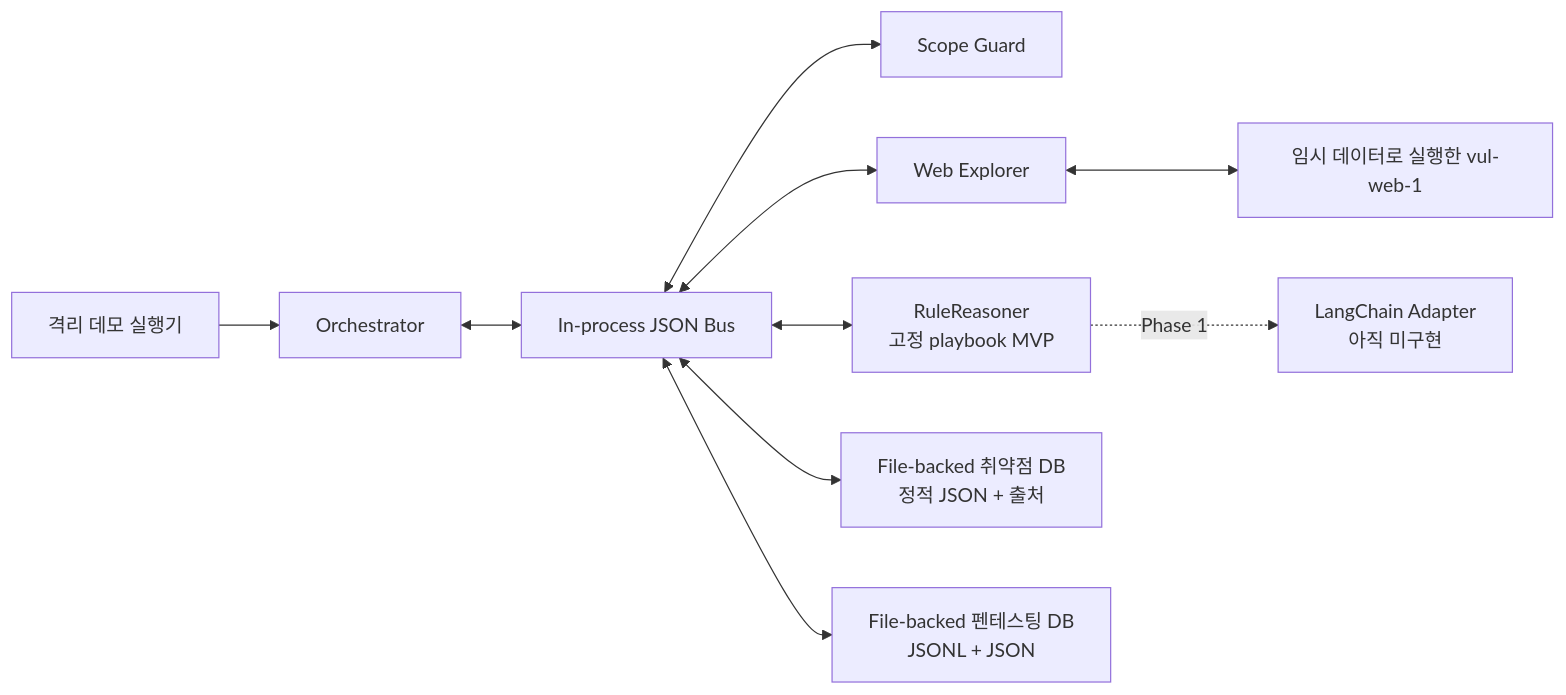
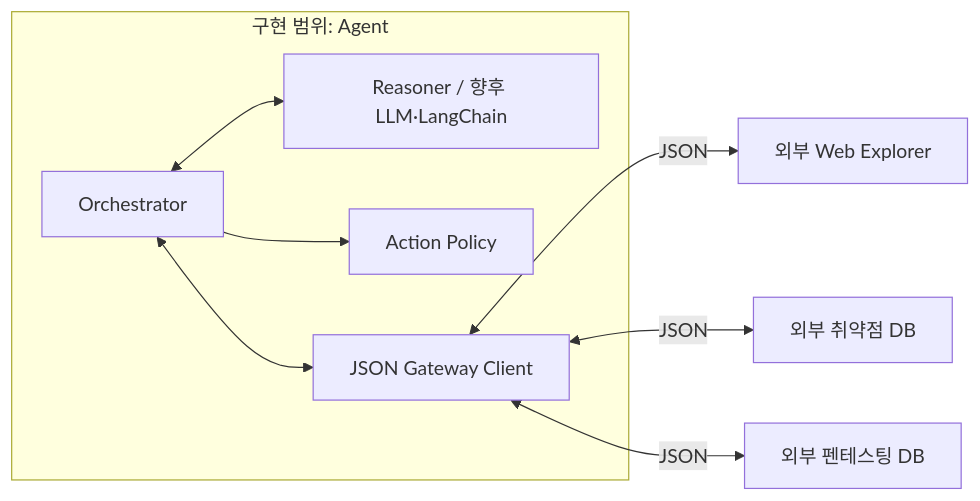
Before and after one commit to typemnm/FSL-CA3P: the diagram in agent/DEVELOPMENT_PLAN.md, drawn with Mermaid. The commit also changed other lines of this file and 19 other files, not shown here.

````diff
--- a/agent/DEVELOPMENT_PLAN.md
+++ b/agent/DEVELOPMENT_PLAN.md
@@ -38,12 +7,20 @@
 ```mermaid
 flowchart LR
-    D[격리 데모 실행기] --> O[Orchestrator]
-    O <--> J[In-process JSON Bus]
-    J <--> S[Scope Guard]
-    J <--> W[Web Explorer]
-    J <--> R[RuleReasoner\n고정 playbook MVP]
-    J <--> V[File-backed 취약점 DB\n정적 JSON + 출처]
-    J <--> P[File-backed 펜테스팅 DB\nJSONL + JSON]
-    W <--> T[임시 데이터로 실행한 vul-web-1]
-    R -. Phase 1 .-> L[LangChain Adapter\n아직 미구현]
+    W[외부 Web Explorer]
+    V[외부 취약점 DB]
+    P[외부 펜테스팅 DB]
+
+    subgraph A[구현 범위: Agent]
+        O[Orchestrator]
+        R[Reasoner / 향후 LLM·LangChain]
+        G[Action Policy]
+        J[JSON Gateway Client]
+        O <--> R
+        O --> G
+        O <--> J
+    end
+
+    J <-->|JSON| W
+    J <-->|JSON| V
+    J <-->|JSON| P
 ```
````
